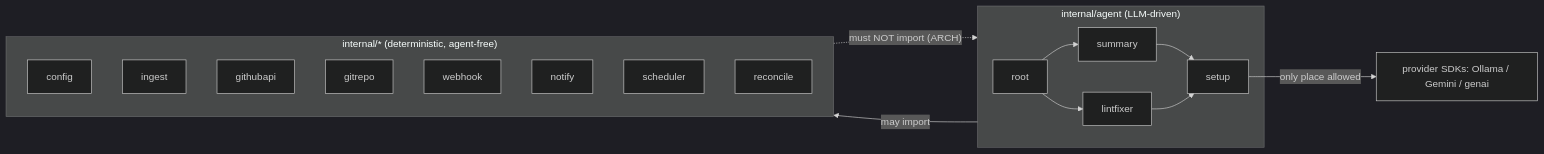
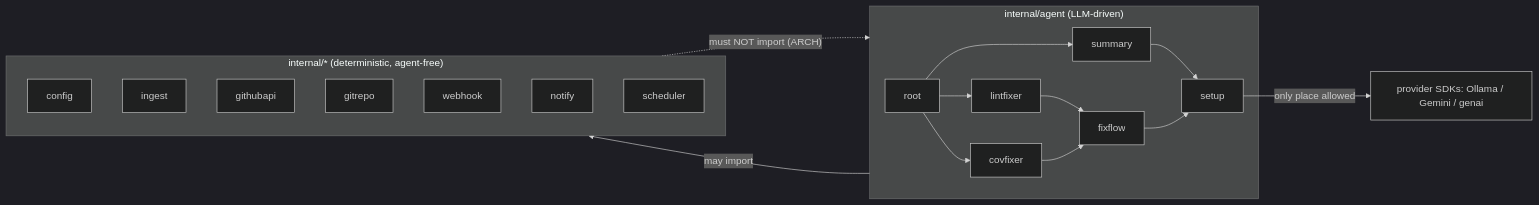
The diagram in internal/AGENTS.md (jkjamies/automation-agent), drawn with Mermaid (dark theme) before and after one commit. The commit also changed other lines of this file and 13 other files, not shown here.

````diff
--- a/internal/AGENTS.md
+++ b/internal/AGENTS.md
@@ -13,22 +13,24 @@
 ```mermaid
 flowchart LR
     subgraph agents["internal/agent (LLM-driven)"]
         root --> summary
         root --> lintfixer
+        root --> covfixer
+        lintfixer --> fixflow
+        covfixer --> fixflow
         summary --> setup
-        lintfixer --> setup
+        fixflow --> setup
     end
     subgraph tooling["internal/* (deterministic, agent-free)"]
         config
         ingest
         githubapi
         gitrepo
         webhook
         notify
         scheduler
-        reconcile
     end
     agents -->|"may import"| tooling
     tooling -.->|"must NOT import (ARCH)"| agents
     setup -->|"only place allowed"| providers["provider SDKs: Ollama / Gemini / genai"]
 ```
````
